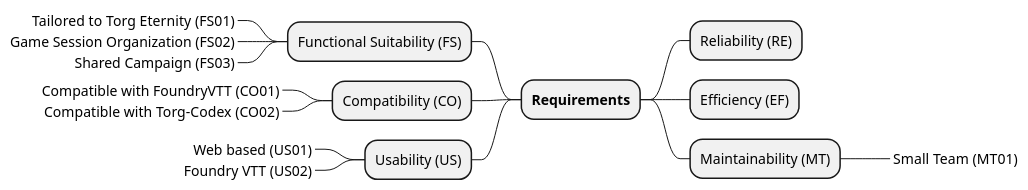
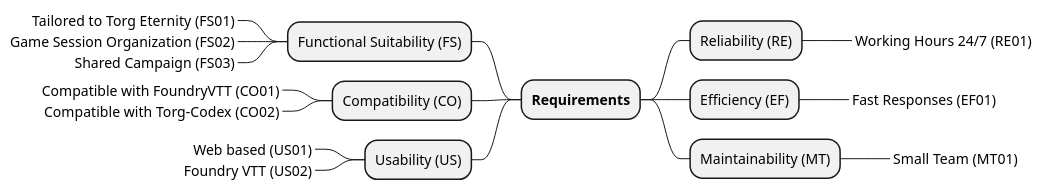
One commit to Paladins-Inn/torganized-play-architecture changed the diagram in src/main/docs/src/10_quality_requirements.adoc. Above: the diagram before and after it, drawn with PlantUML. The commit also changed other lines of this file and 2 other files, not shown here.

```diff
--- a/src/main/docs/src/10_quality_requirements.adoc
+++ b/src/main/docs/src/10_quality_requirements.adoc
@@ -37,21 +37,23 @@
 [plantuml,quality-tree,svg]
 ....
 @startmindmap
 + **Requirements**
 -- Functional Suitability (FS)
 ---_ Tailored to Torg Eternity (FS01)
 ---_ Game Session Organization (FS02)
 ---_ Shared Campaign (FS03)
 -- Compatibility (CO)
 ---_ Compatible with FoundryVTT (CO01)
 ---_ Compatible with Torg-Codex (CO02)
 -- Usability (US)
 ---_ Web based (US01)
 ---_ Foundry VTT (US02)
 
 ++ Reliability (RE)
++++_ Working Hours 24/7 (RE01)
 ++ Efficiency (EF)
++++_ Fast Responses (EF01)
 ++ Maintainability (MT)
 +++_ Small Team (MT01)
 @endmindmap
 ....
```
